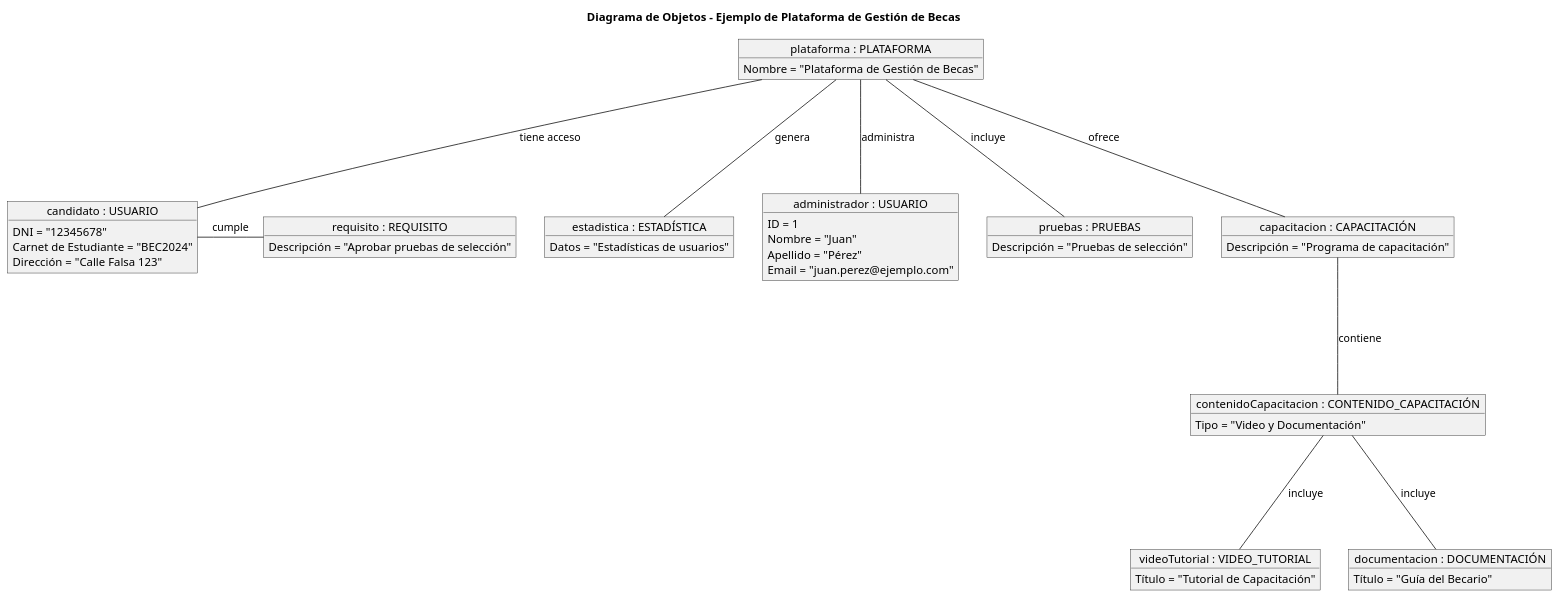
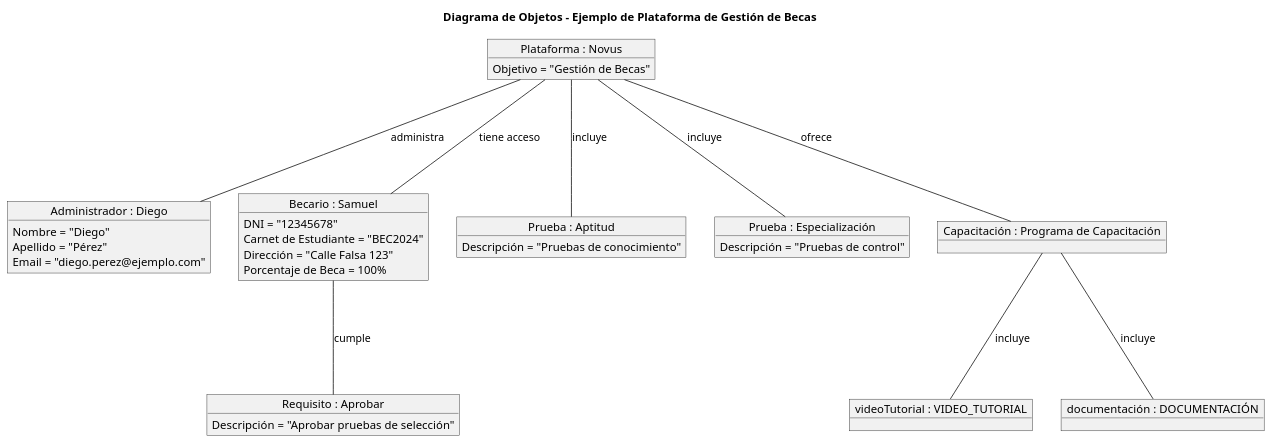
The diagram in modelo_del_dominio/diagramas_de_objetos/objetos.puml (mmasias/24-25-IdSw1-SDR), drawn with PlantUML before and after one commit. The commit also changed 1 other file, not shown here.

Commit message:
fix: new object diagram

```diff
--- a/modelo_del_dominio/diagramas_de_objetos/objetos.puml
+++ b/modelo_del_dominio/diagramas_de_objetos/objetos.puml
@@ -1,62 +1,53 @@
 @startuml Diagrama_de_Objetos_Beca
 title Diagrama de Objetos - Ejemplo de Plataforma de Gestión de Becas
 
-object "plataforma : PLATAFORMA" as plataforma {
-  Nombre = "Plataforma de Gestión de Becas"
+object "Plataforma : Novus" as plataforma {
+  Objetivo = "Gestión de Becas"
 }
 
-object "estadistica : ESTADÍSTICA" as estadistica {
-  Datos = "Estadísticas de usuarios"
+object "Administrador : Diego" as administrador {
+  Nombre = "Diego"
+  Apellido = "Pérez"
+  Email = "diego.perez@ejemplo.com"
 }
 
-object "administrador : USUARIO" as administrador {
-  ID = 1
-  Nombre = "Juan"
-  Apellido = "Pérez"
-  Email = "juan.perez@ejemplo.com"
-}
-
-object "candidato : USUARIO" as candidato {
+object "Becario : Samuel" as candidato {
   DNI = "12345678"
   Carnet de Estudiante = "BEC2024"
   Dirección = "Calle Falsa 123"
+  Porcentaje de Beca = 100%
 }
 
-object "pruebas : PRUEBAS" as pruebas {
-  Descripción = "Pruebas de selección"
+object "Prueba : Aptitud" as pruebas {
+  Descripción = "Pruebas de conocimiento"
+}
+object "Prueba : Especialización" as pruebas1 {
+  Descripción = "Pruebas de control"
 }
 
-object "capacitacion : CAPACITACIÓN" as capacitacion {
-  Descripción = "Programa de capacitación"
-}
-
-object "contenidoCapacitacion : CONTENIDO_CAPACITACIÓN" as contenidoCapacitacion {
-  Tipo = "Video y Documentación"
+object "Capacitación : Programa de Capacitación" as capacitacion {
 }
 
 object "videoTutorial : VIDEO_TUTORIAL" as videoTutorial {
-  Título = "Tutorial de Capacitación"
 }
 
-object "documentacion : DOCUMENTACIÓN" as documentacion {
-  Título = "Guía del Becario"
+object "documentación : DOCUMENTACIÓN" as documentacion {
 }
 
-object "requisito : REQUISITO" as requisito {
+object "Requisito : Aprobar" as requisito {
   Descripción = "Aprobar pruebas de selección"
 }
 
-plataforma -d-- estadistica : "genera"
 plataforma -d-- administrador : "administra"
 plataforma -d-- candidato : "tiene acceso"
 
 plataforma -d-- pruebas : "incluye"
+plataforma -d-- pruebas1 : "incluye"
 plataforma -d-- capacitacion : "ofrece"
 
-capacitacion -d-- contenidoCapacitacion : "contiene"
-contenidoCapacitacion -d-- videoTutorial : "incluye"
-contenidoCapacitacion -d-- documentacion : "incluye"
+capacitacion  -d-- videoTutorial : "incluye"
+capacitacion  -d-- documentacion : "incluye"
 
-candidato -r-- requisito : "cumple"
+candidato -d-- requisito : "cumple"
 
 @enduml
```
